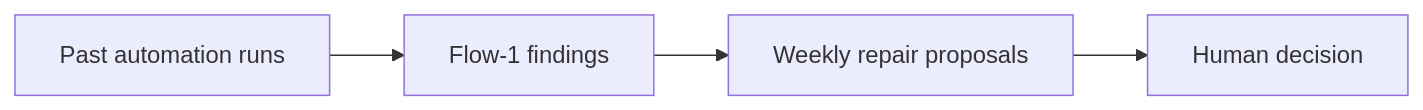
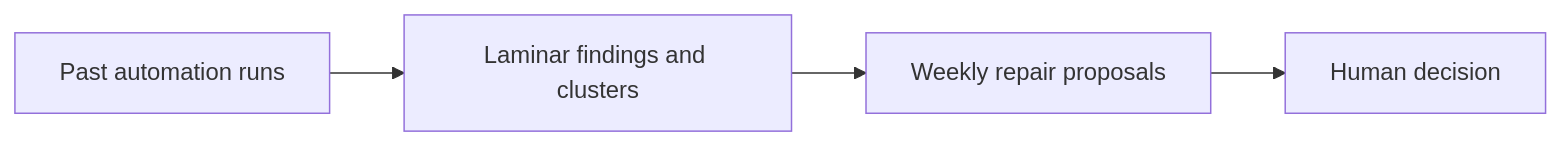
One commit to OpenHands/oss-agent-canvas changed the first of 2 diagrams in automations/weekly-automation-improvement/HOW_IT_WORKS.md. Above: the diagram before and after it, drawn with Mermaid. The commit also changed other lines of this file, not shown here.

Commit message:
Show Laminar trace analysis and clustering before weekly repair triage

````diff
--- a/automations/weekly-automation-improvement/HOW_IT_WORKS.md
+++ b/automations/weekly-automation-improvement/HOW_IT_WORKS.md
@@ -11,6 +11,6 @@
 ```mermaid
 flowchart LR
-    runs["Past automation runs"] --> findings["Flow-1 findings"]
+    runs["Past automation runs"] --> findings["Laminar findings and clusters"]
     findings --> proposals["Weekly repair proposals"]
     proposals --> human["Human decision"]
 ```
````
